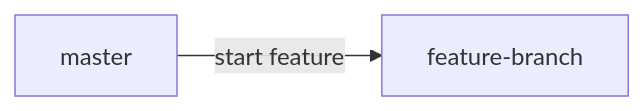
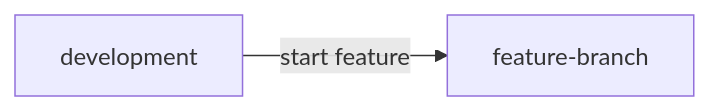
Before and after one commit to hasparus/software-engineering-class: the diagram in testy/plan_zarządzania_jakością_produktu.md, drawn with Mermaid. The commit also changed other lines of this file, not shown here.

````diff
--- a/testy/plan_zarządzania_jakością_produktu.md
+++ b/testy/plan_zarządzania_jakością_produktu.md
@@ -19,5 +19,5 @@
 ```mermaid
 graph LR;
-	master--start feature-->feature-branch;
+	development--start feature-->feature-branch;
 	
 ```
````
